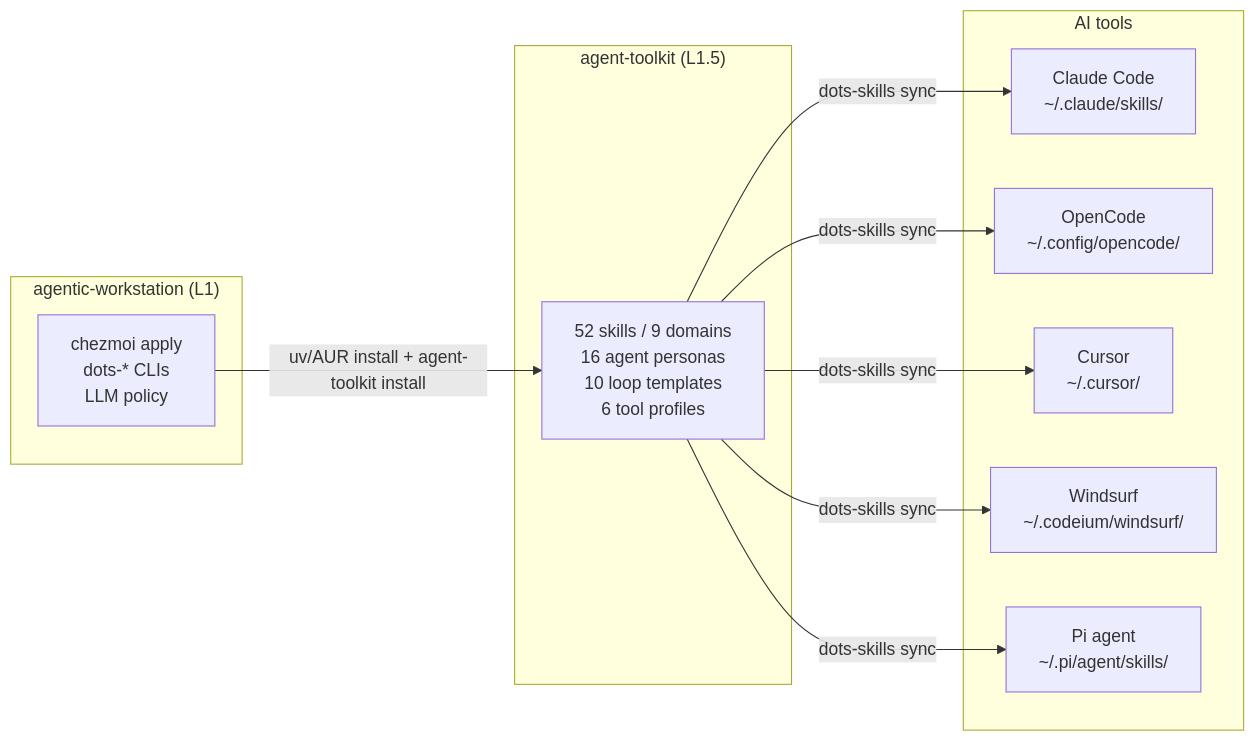
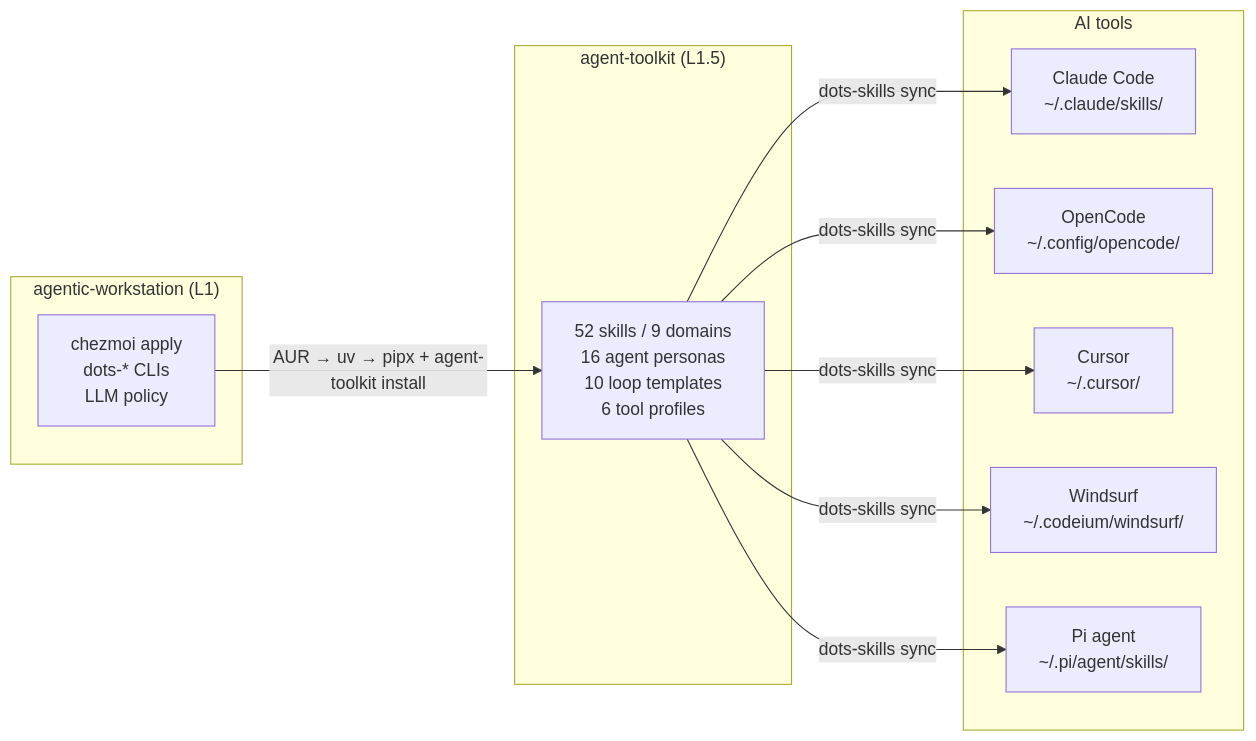
The diagram in docs/AGENT_TOOLKIT.md (ulises-jeremias/agentic-workstation), drawn with Mermaid before and after one commit. The commit also changed other lines of this file and 2 other files, not shown here.

First line of the commit message:
docs: address CodeRabbit install-order and loop naming nits

````diff
--- a/docs/AGENT_TOOLKIT.md
+++ b/docs/AGENT_TOOLKIT.md
@@ -16,25 +16,25 @@
 ```mermaid
 graph LR
     subgraph "agentic-workstation (L1)"
         AW["chezmoi apply<br/>dots-* CLIs<br/>LLM policy"]
     end
 
     subgraph "agent-toolkit (L1.5)"
         AT["52 skills / 9 domains<br/>16 agent personas<br/>10 loop templates<br/>6 tool profiles"]
     end
 
     subgraph "AI tools"
         CC["Claude Code<br/>~/.claude/skills/"]
         OC["OpenCode<br/>~/.config/opencode/"]
         CU["Cursor<br/>~/.cursor/"]
         WS["Windsurf<br/>~/.codeium/windsurf/"]
         PI["Pi agent<br/>~/.pi/agent/skills/"]
     end
 
-    AW -->|uv/AUR install + agent-toolkit install| AT
+    AW -->|AUR → uv → pipx + agent-toolkit install| AT
     AT -->|dots-skills sync| CC
     AT -->|dots-skills sync| OC
     AT -->|dots-skills sync| CU
     AT -->|dots-skills sync| WS
     AT -->|dots-skills sync| PI
 ```
````
